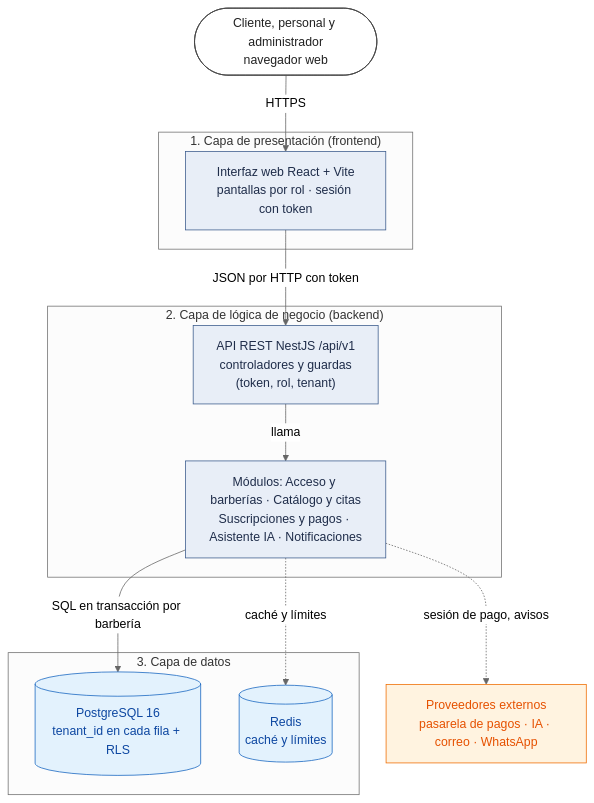
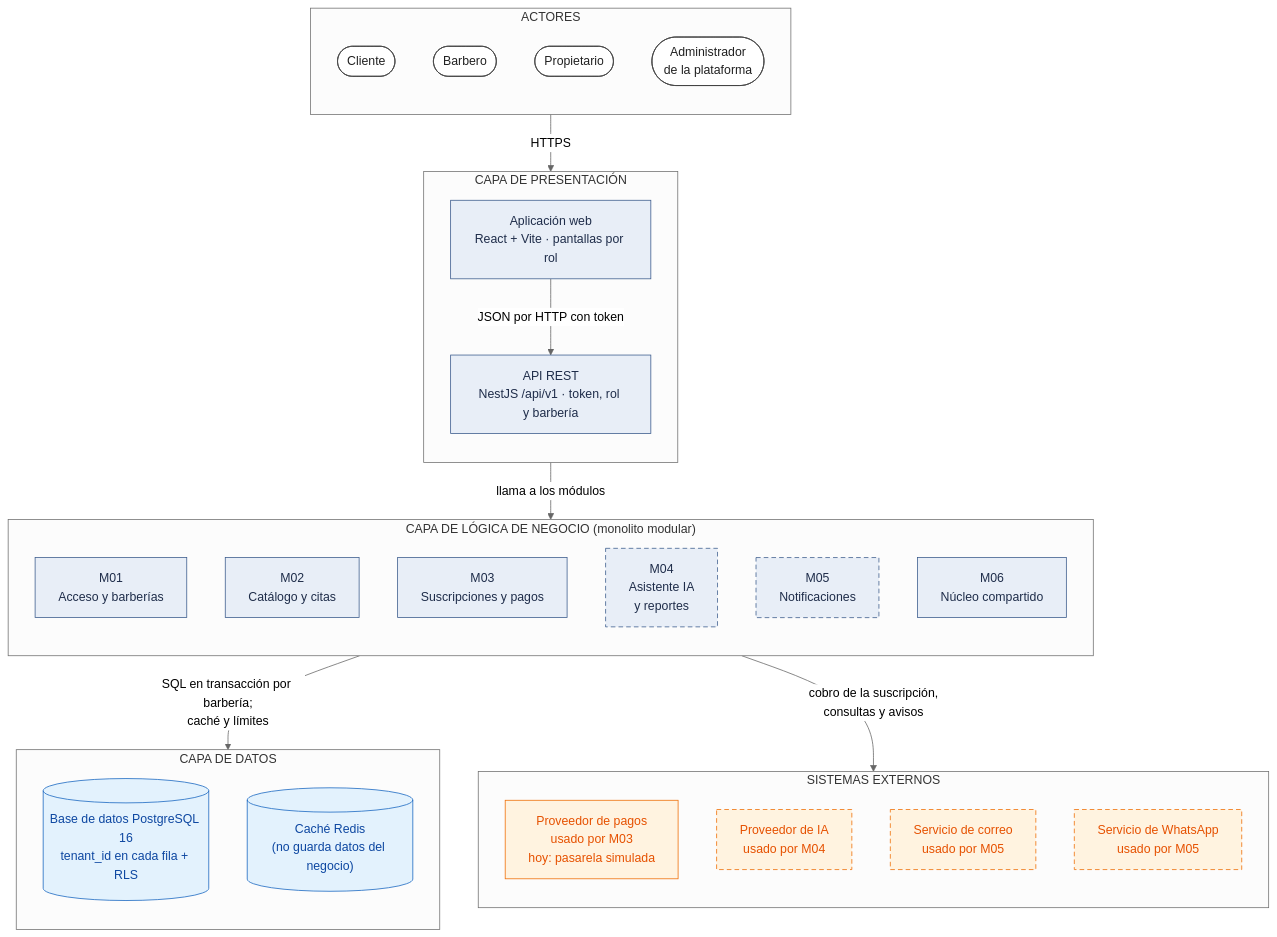
Before and after one commit to semcham/proyecto-final-barberia-ayacucho: the diagram in docs/02-arquitectura-software/arquitectura-inicial.md, drawn with Mermaid (neutral theme). The commit also changed other lines of this file and 3 other files, not shown here.

Commit message:
docs(arquitectura): diagrama de arquitectura inicial por capas y vista de monolito modular con capas

````diff
--- a/docs/02-arquitectura-software/arquitectura-inicial.md
+++ b/docs/02-arquitectura-software/arquitectura-inicial.md
@@ -18,28 +18,59 @@
 ```mermaid
 flowchart TB
-    USR(["Cliente, personal y administrador<br/>navegador web"]):::persona
-    subgraph P["1. Capa de presentación (frontend)"]
-        UI["Interfaz web React + Vite<br/>pantallas por rol · sesión con token"]
+    subgraph ACT["ACTORES"]
+        direction TB
+        CLI(["Cliente"])
+        BAR(["Barbero"])
+        OWN(["Propietario"])
+        ADM(["Administrador<br/>de la plataforma"])
     end
-    subgraph N["2. Capa de lógica de negocio (backend)"]
-        API["API REST NestJS /api/v1<br/>controladores y guardas<br/>(token, rol, tenant)"]
-        SV["Módulos: Acceso y barberías · Catálogo y citas<br/>Suscripciones y pagos · Asistente IA · Notificaciones"]
+
+    subgraph PRE["CAPA DE PRESENTACIÓN"]
+        direction TB
+        WEB["Aplicación web<br/>React + Vite · pantallas por rol"]
+        API["API REST<br/>NestJS /api/v1 · token, rol y barbería"]
     end
-    subgraph D["3. Capa de datos"]
-        DB[("PostgreSQL 16<br/>tenant_id en cada fila + RLS")]
-        RC[("Redis<br/>caché y límites")]
+
+    subgraph NEG["CAPA DE LÓGICA DE NEGOCIO (monolito modular)"]
+        direction TB
+        M01["M01<br/>Acceso y barberías"]
+        M02["M02<br/>Catálogo y citas"]
+        M03["M03<br/>Suscripciones y pagos"]
+        M04["M04<br/>Asistente IA<br/>y reportes"]
+        M05["M05<br/>Notificaciones"]
+        M06["M06<br/>Núcleo compartido"]
     end
-    EXT["Proveedores externos<br/>pasarela de pagos · IA · correo · WhatsApp"]:::externo
-    USR -->|"HTTPS"| UI
-    UI -->|"JSON por HTTP con token"| API
-    API -->|"llama"| SV
-    SV -->|"SQL en transacción por barbería"| DB
-    SV -.->|"caché y límites"| RC
-    SV -.->|"sesión de pago, avisos"| EXT
+
+    subgraph DAT["CAPA DE DATOS"]
+        direction TB
+        PG[("Base de datos PostgreSQL 16<br/>tenant_id en cada fila + RLS")]
+        RD[("Caché Redis<br/>(no guarda datos del negocio)")]
+    end
+
+    subgraph EXT["SISTEMAS EXTERNOS"]
+        direction TB
+        PAY["Proveedor de pagos<br/>usado por M03<br/>hoy: pasarela simulada"]
+        AI["Proveedor de IA<br/>usado por M04"]
+        MAIL["Servicio de correo<br/>usado por M05"]
+        WA["Servicio de WhatsApp<br/>usado por M05"]
+    end
+
+    WEB -->|"JSON por HTTP con token"| API
+    ACT -->|"HTTPS"| PRE
+    PRE -->|"llama a los módulos"| NEG
+    NEG -->|"SQL en transacción por barbería;<br/>caché y límites"| DAT
+    NEG -->|"cobro de la suscripción,<br/>consultas y avisos"| EXT
+
     classDef persona fill:#ffffff,stroke:#424242,color:#212121
     classDef app fill:#e8eef7,stroke:#3b5b8c,color:#1f2d4a
     classDef datos fill:#e3f2fd,stroke:#1565c0,color:#0d47a1
     classDef externo fill:#fff3e0,stroke:#ef6c00,color:#e65100
-    class UI,API,SV app
-    class DB,RC datos
+    classDef planificado fill:#e8eef7,stroke:#3b5b8c,color:#1f2d4a,stroke-dasharray:6 4
+    classDef extplan fill:#fff3e0,stroke:#ef6c00,color:#e65100,stroke-dasharray:6 4
+    class CLI,BAR,OWN,ADM persona
+    class WEB,API,M01,M02,M03,M06 app
+    class M04,M05 planificado
+    class PG,RD datos
+    class PAY externo
+    class AI,MAIL,WA extplan
 ```
````
